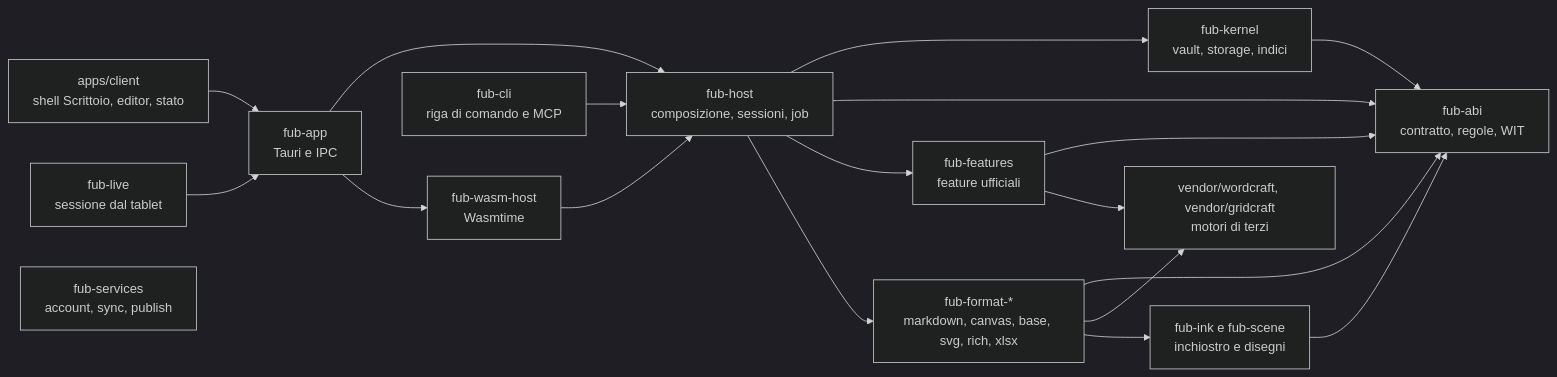
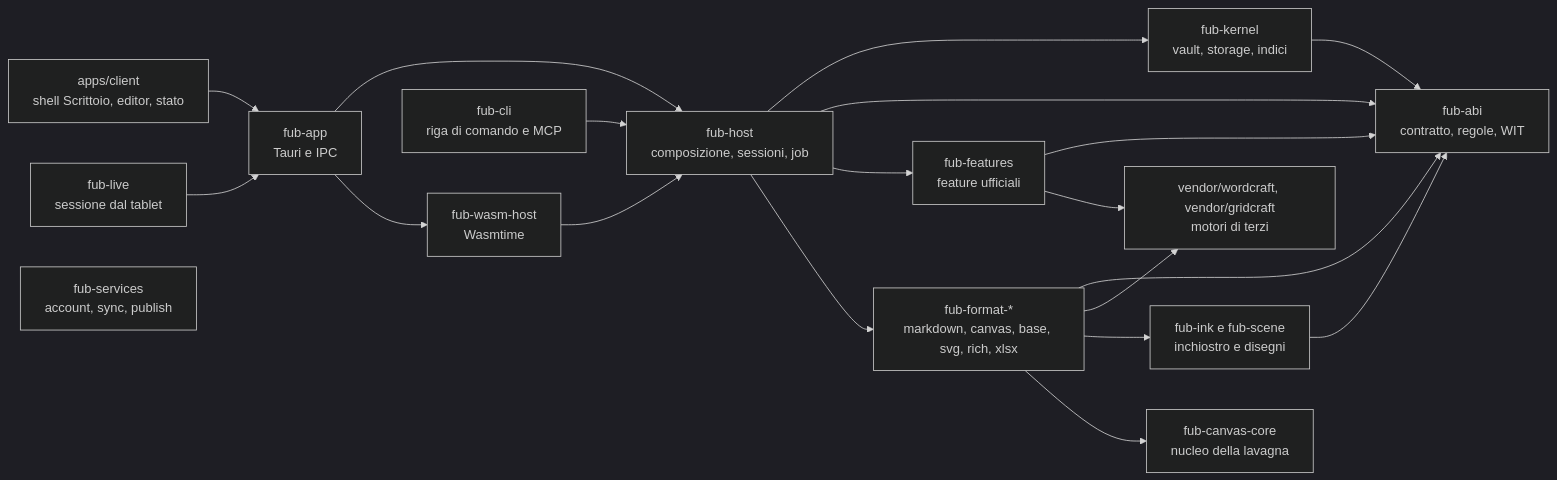
One commit to Fubeo/Fub changed the first of 2 diagrams in docs/map/repo.md. Above: the diagram before and after it, drawn with Mermaid (dark theme). The commit also changed other lines of this file and 23 other files, not shown here.

Commit message:
feat(canvas): nucleo fub-canvas-core con il modello e la lettura della lavagna

````diff
--- a/docs/map/repo.md
+++ b/docs/map/repo.md
@@ -15,21 +15,23 @@
 ```mermaid
 flowchart LR
     CLIENT["apps/client<br/>shell Scrittoio, editor, stato"] --> APP["fub-app<br/>Tauri e IPC"]
     APP --> HOST["fub-host<br/>composizione, sessioni, job"]
     HOST --> KERNEL["fub-kernel<br/>vault, storage, indici"]
     KERNEL --> ABI["fub-abi<br/>contratto, regole, WIT"]
     HOST --> ABI
     FEATURES["fub-features<br/>feature ufficiali"] --> ABI
     HOST --> FEATURES
     FMT["fub-format-*<br/>markdown, canvas, base, svg, rich, xlsx"] --> ABI
     HOST --> FMT
     FMT --> VENDOR["vendor/wordcraft, vendor/gridcraft<br/>motori di terzi"]
     FEATURES --> VENDOR
     INKSC["fub-ink e fub-scene<br/>inchiostro e disegni"] --> ABI
     FMT --> INKSC
+    CANVASCORE["fub-canvas-core<br/>nucleo della lavagna"]
+    FMT --> CANVASCORE
     WASM["fub-wasm-host<br/>Wasmtime"] --> HOST
     APP --> WASM
     LIVE["fub-live<br/>sessione dal tablet"] --> APP
     CLI["fub-cli<br/>riga di comando e MCP"] --> HOST
     SVCS["fub-services<br/>account, sync, publish"]
 ```
````
